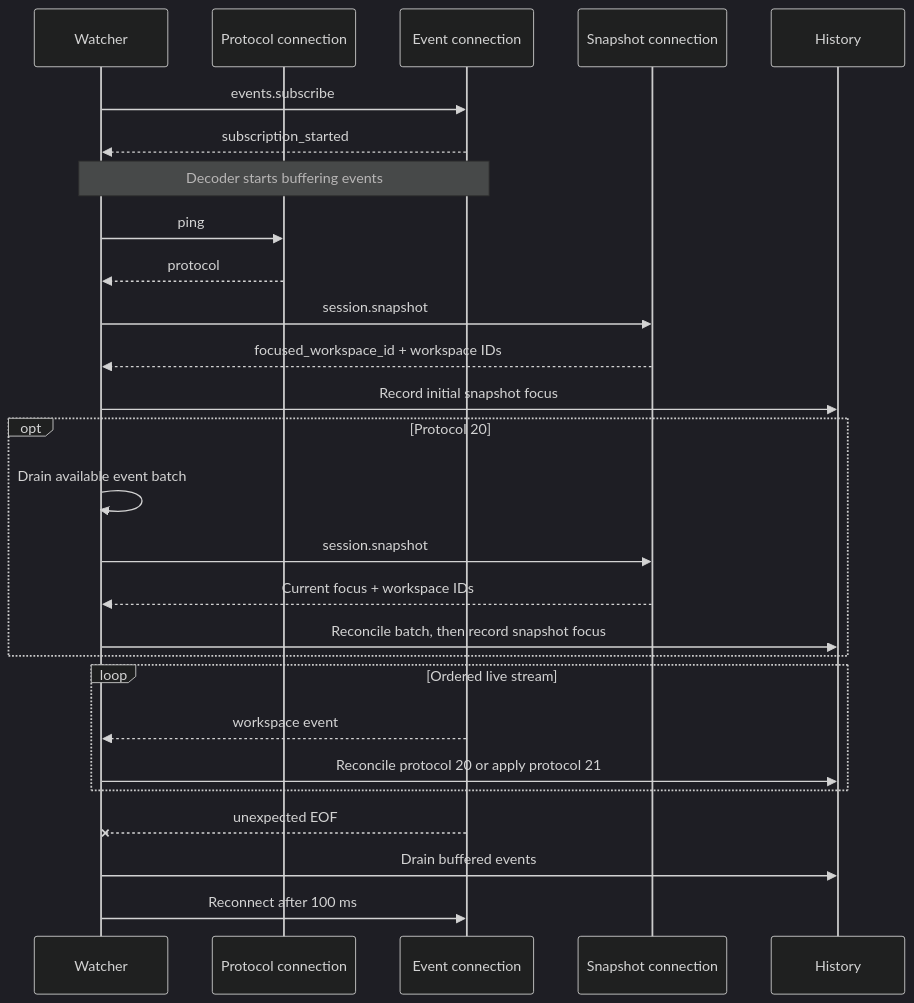
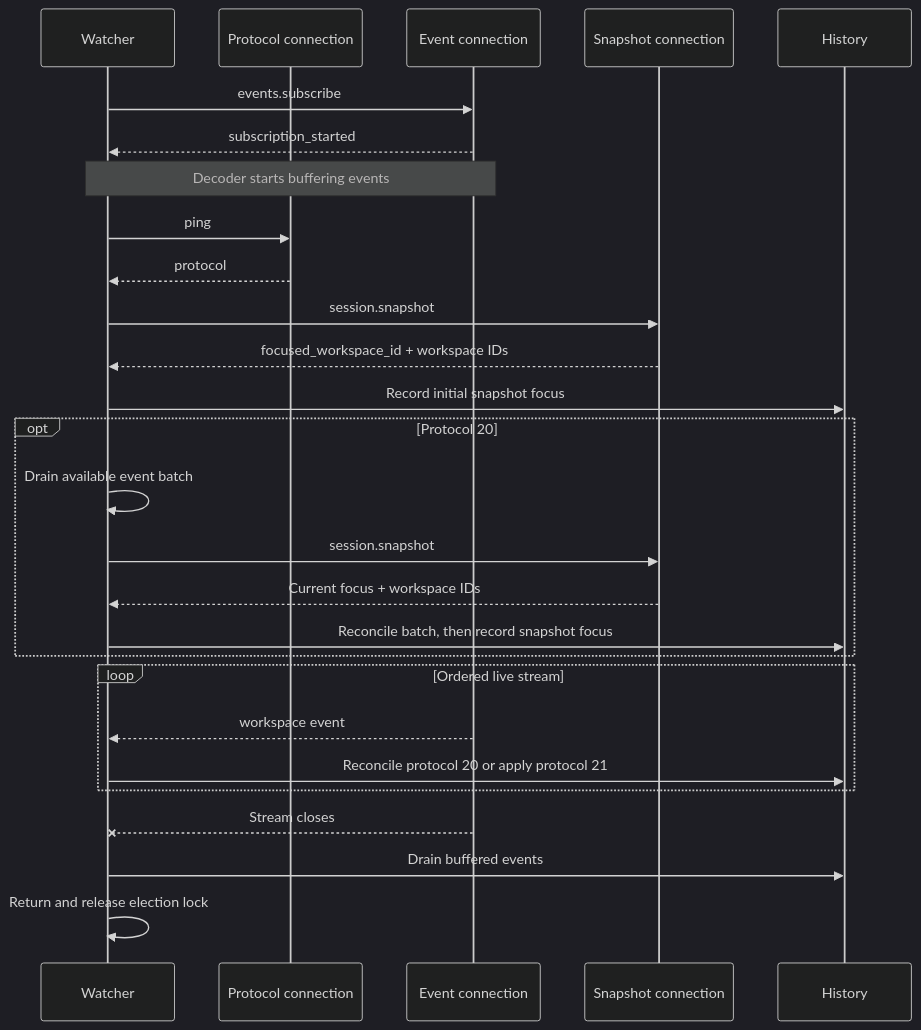
One commit to fullerzz/herdr-plugin-sesh changed the second of 3 diagrams in docs/development/workspace-history.md. Above: the diagram before and after it, drawn with Mermaid (dark theme). The commit also changed other lines of this file and 11 other files, not shown here.

````diff
--- a/docs/development/workspace-history.md
+++ b/docs/development/workspace-history.md
@@ -101,29 +125,29 @@
 ```mermaid
 sequenceDiagram
     participant W as Watcher
     participant P as Protocol connection
     participant E as Event connection
     participant S as Snapshot connection
     participant H as History
     W->>E: events.subscribe
     E-->>W: subscription_started
     Note over W,E: Decoder starts buffering events
     W->>P: ping
     P-->>W: protocol
     W->>S: session.snapshot
     S-->>W: focused_workspace_id + workspace IDs
     W->>H: Record initial snapshot focus
     opt Protocol 20
         W->>W: Drain available event batch
         W->>S: session.snapshot
         S-->>W: Current focus + workspace IDs
         W->>H: Reconcile batch, then record snapshot focus
     end
     loop Ordered live stream
         E-->>W: workspace event
         W->>H: Reconcile protocol 20 or apply protocol 21
     end
-    E--xW: unexpected EOF
+    E--xW: Stream closes
     W->>H: Drain buffered events
-    W->>E: Reconnect after 100 ms
+    W->>W: Return and release election lock
 ```
````
